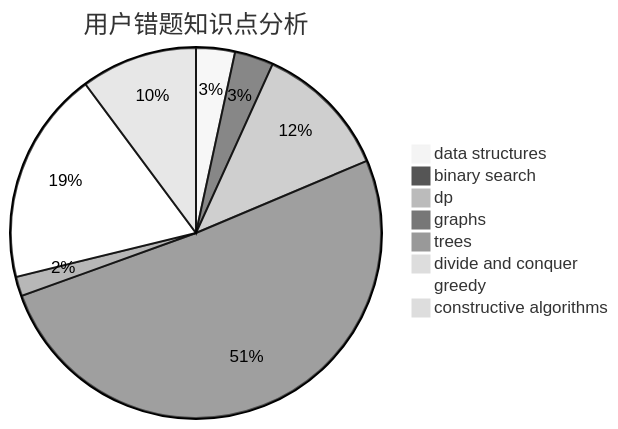
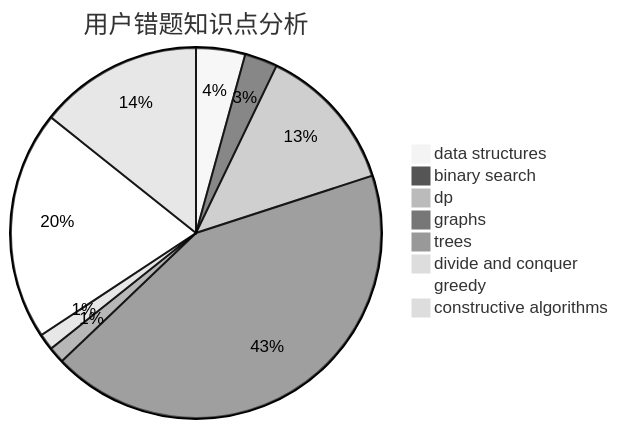
One commit to sherpahu/cfrs.github.io changed the third of 3 diagrams in docs/user/u99.md. Above: the diagram before and after it, drawn with Mermaid (neutral theme). The commit also changed other lines of this file and 2770 other files, not shown here.

````diff
--- a/docs/user/u99.md
+++ b/docs/user/u99.md
@@ -36,11 +36,11 @@
 ```mermaid
 pie title 用户错题知识点分析
-    "data structures" :  2
+    "data structures" :  3
     "binary search" :  2
-    "dp" :  7
+    "dp" :  9
     "graphs" :  30
     "trees" :  1
-    "divide and conquer" :  0
-    "greedy" :  11
-    "constructive algorithms" :  6
+    "divide and conquer" :  1
+    "greedy" :  14
+    "constructive algorithms" :  10
 ```
````
